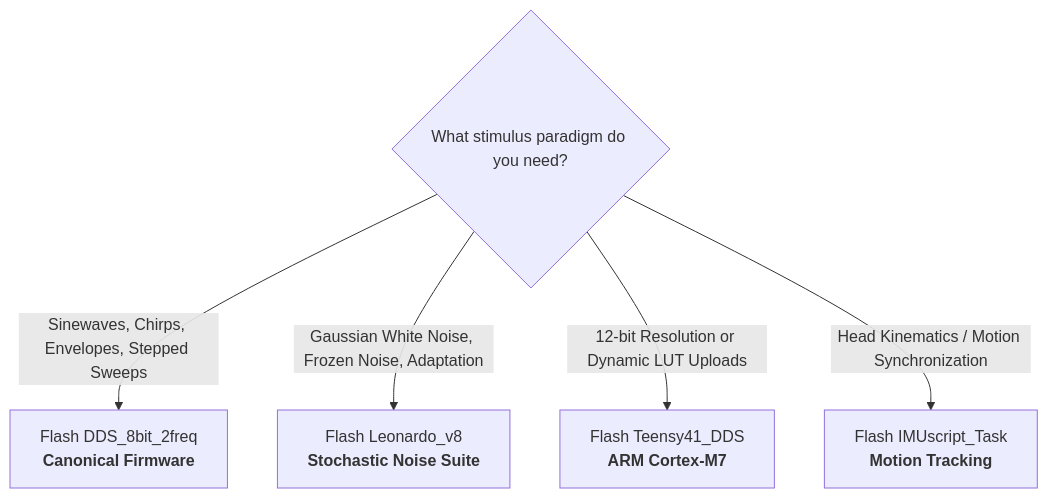
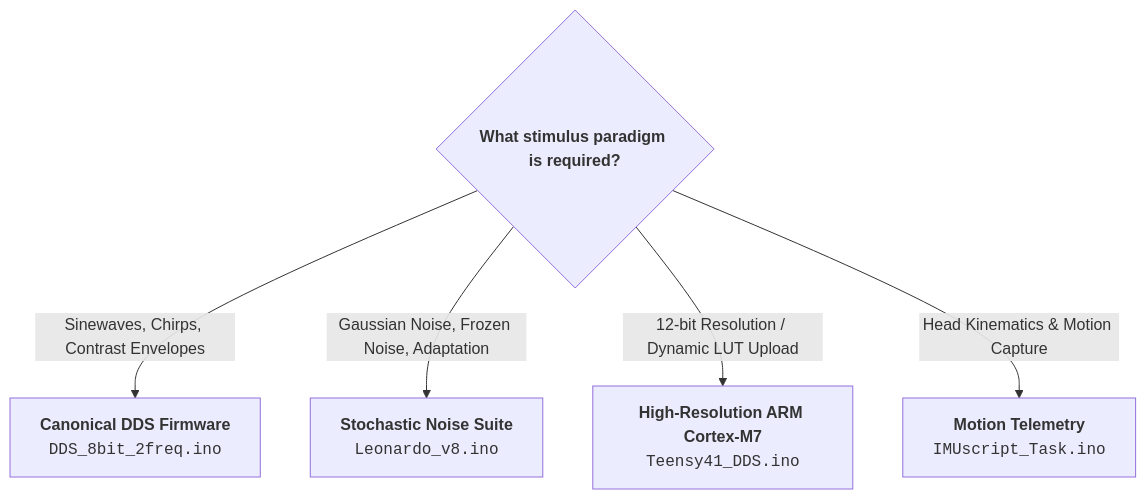
Before and after one commit to SaleemLab/LEDStimulation: the diagram in docs/2-firmware/firmware-variants.md, drawn with Mermaid. The commit also changed 25 other files, not shown here.

````diff
--- a/docs/2-firmware/firmware-variants.md
+++ b/docs/2-firmware/firmware-variants.md
@@ -76,9 +76,9 @@
 ```mermaid
-graph TD
-    Start{"What stimulus paradigm do you need?"}
+flowchart TD
+    Start{"<b>What stimulus paradigm is required?</b>"}
     
-    Start -->|"Sinewaves, Chirps, Envelopes, Stepped Sweeps"| Canonical["Flash DDS_8bit_2freq<br><b>Canonical Firmware</b>"]
-    Start -->|"Gaussian White Noise, Frozen Noise, Adaptation"| v8["Flash Leonardo_v8<br><b>Stochastic Noise Suite</b>"]
-    Start -->|"12-bit Resolution or Dynamic LUT Uploads"| Teensy["Flash Teensy41_DDS<br><b>ARM Cortex-M7</b>"]
-    Start -->|"Head Kinematics / Motion Synchronization"| IMU["Flash IMUscript_Task<br><b>Motion Tracking</b>"]
+    Start -->|"Sinewaves, Chirps, Contrast Envelopes"| Canonical["<b>Canonical DDS Firmware</b><br/><code>DDS_8bit_2freq.ino</code>"]
+    Start -->|"Gaussian Noise, Frozen Noise, Adaptation"| v8["<b>Stochastic Noise Suite</b><br/><code>Leonardo_v8.ino</code>"]
+    Start -->|"12-bit Resolution / Dynamic LUT Upload"| Teensy["<b>High-Resolution ARM Cortex-M7</b><br/><code>Teensy41_DDS.ino</code>"]
+    Start -->|"Head Kinematics & Motion Capture"| IMU["<b>Motion Telemetry</b><br/><code>IMUscript_Task.ino</code>"]
 ```
````
